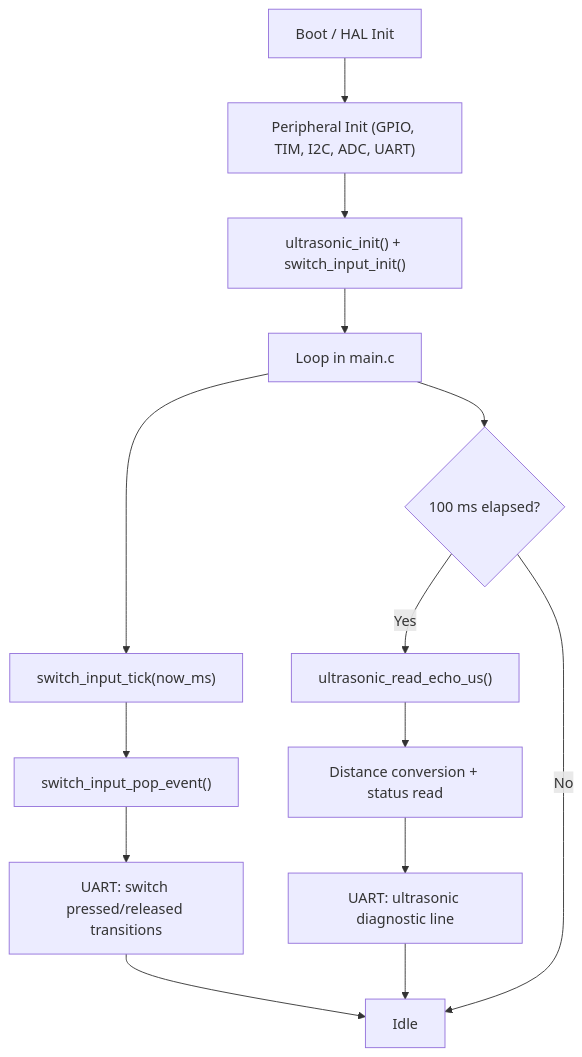
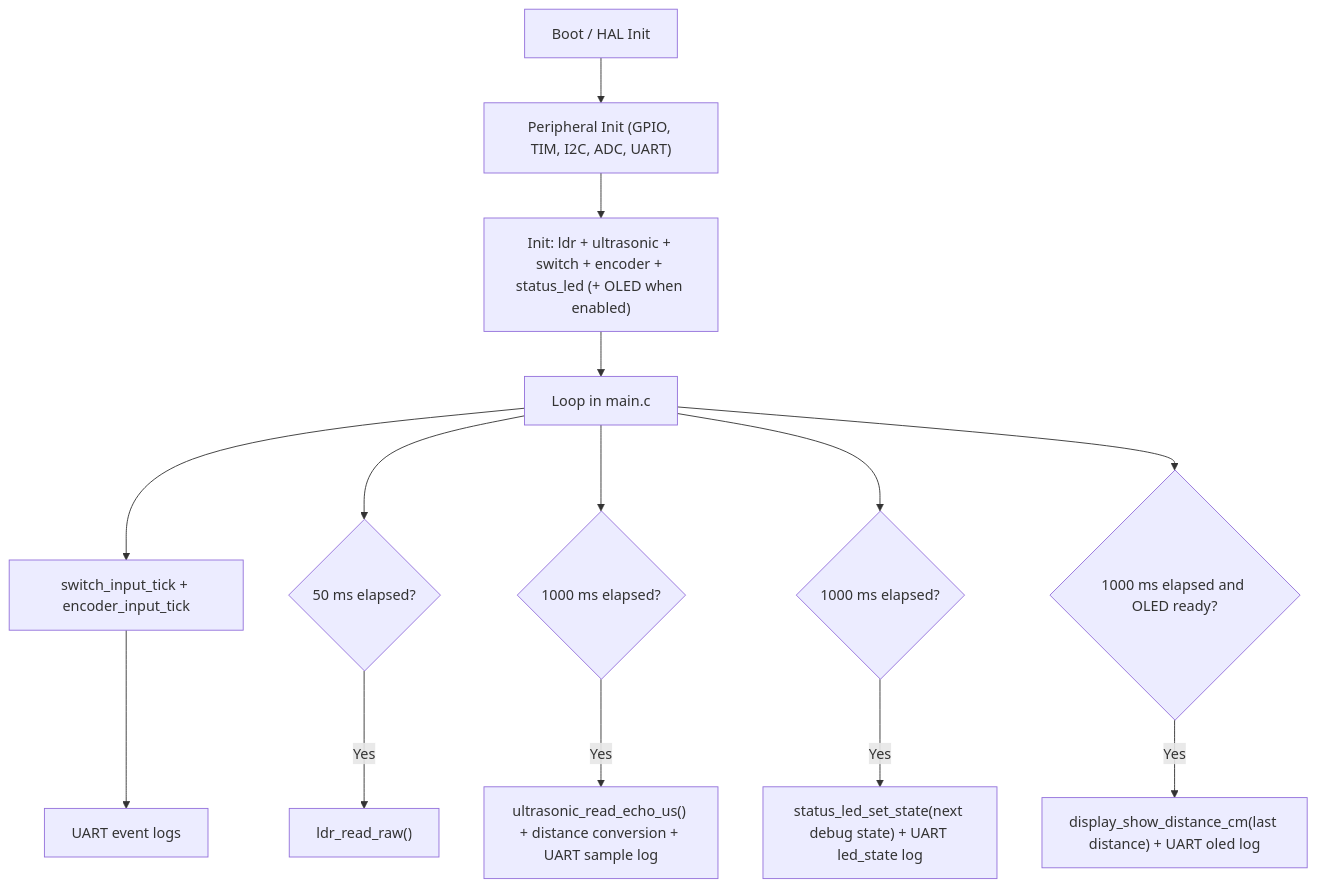
One commit to RJTPP/S-ADAPT-IoT changed the diagram in docs/architecture/Architecture.md. Above: the diagram before and after it, drawn with Mermaid. The commit also changed other lines of this file and 6 other files, not shown here.

````diff
--- a/docs/architecture/Architecture.md
+++ b/docs/architecture/Architecture.md
@@ -33,16 +33,16 @@
 ```mermaid
 flowchart TD
     A["Boot / HAL Init"] --> B["Peripheral Init (GPIO, TIM, I2C, ADC, UART)"]
-    B --> C["ultrasonic_init() + switch_input_init()"]
+    B --> C["Init: ldr + ultrasonic + switch + encoder + status_led (+ OLED when enabled)"]
     C --> D["Loop in main.c"]
-    D --> E["switch_input_tick(now_ms)"]
-    E --> F["switch_input_pop_event()"]
-    F --> G["UART: switch pressed/released transitions"]
-    D --> H{"100 ms elapsed?"}
-    H -- "Yes" --> I["ultrasonic_read_echo_us()"]
-    I --> J["Distance conversion + status read"]
-    J --> K["UART: ultrasonic diagnostic line"]
-    H -- "No" --> L["Idle"]
-    G --> L
-    K --> L
+    D --> E["switch_input_tick + encoder_input_tick"]
+    E --> F["UART event logs"]
+    D --> G{"50 ms elapsed?"}
+    G -- "Yes" --> H["ldr_read_raw()"]
+    D --> I{"1000 ms elapsed?"}
+    I -- "Yes" --> J["ultrasonic_read_echo_us() + distance conversion + UART sample log"]
+    D --> K{"1000 ms elapsed?"}
+    K -- "Yes" --> L["status_led_set_state(next debug state) + UART led_state log"]
+    D --> M{"1000 ms elapsed and OLED ready?"}
+    M -- "Yes" --> N["display_show_distance_cm(last distance) + UART oled log"]
 ```
````
